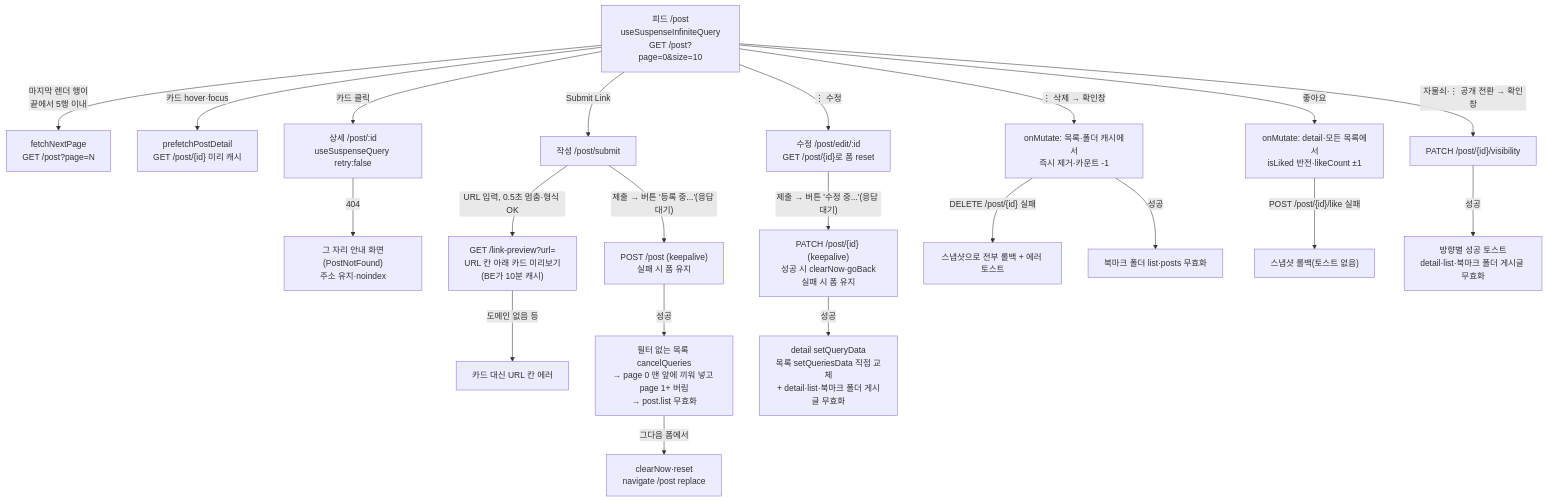
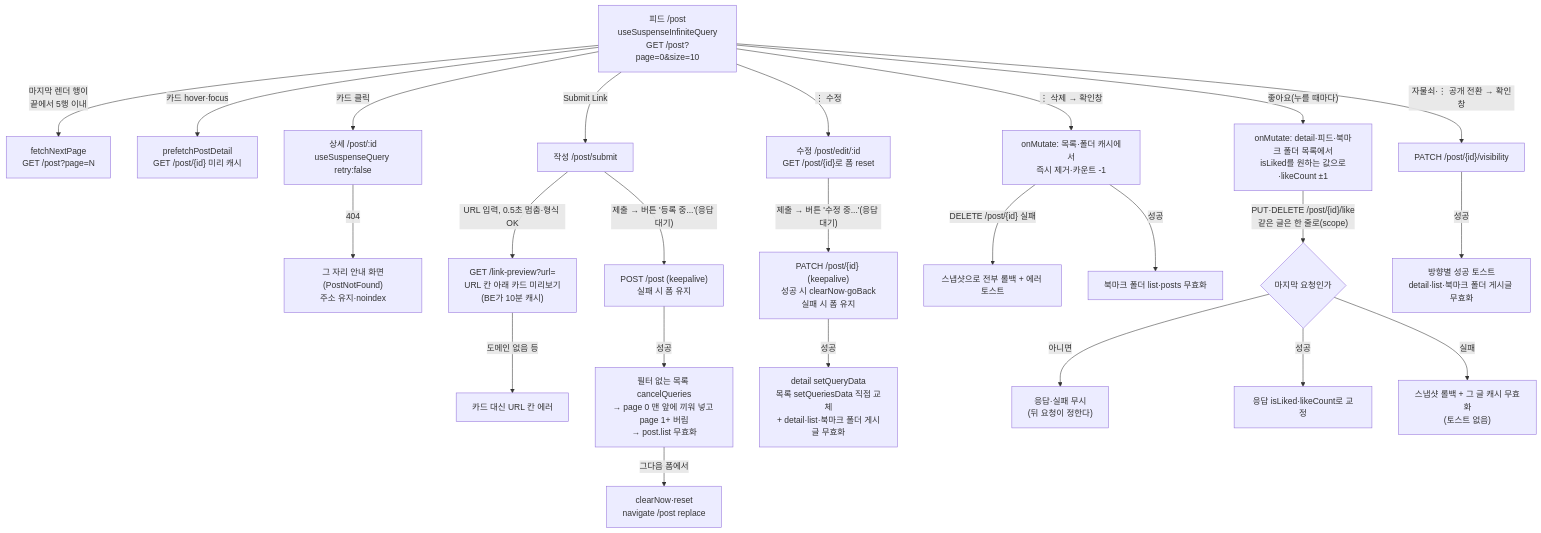
One commit to BAECHAN/link-sphere_FE_NEW changed the diagram in docs/POST.md. Above: the diagram before and after it, drawn with Mermaid. The commit also changed other lines of this file and 26 other files, not shown here.

````diff
--- a/docs/POST.md
+++ b/docs/POST.md
@@ -38,28 +38,31 @@
 ```mermaid
 flowchart TD
   Feed["피드 /post<br/>useSuspenseInfiniteQuery<br/>GET /post?page=0&size=10"] -->|"마지막 렌더 행이<br/>끝에서 5행 이내"| Next["fetchNextPage<br/>GET /post?page=N"]
   Feed -->|"카드 hover·focus"| Prefetch["prefetchPostDetail<br/>GET /post/{id} 미리 캐시"]
   Feed -->|"카드 클릭"| Detail["상세 /post/:id<br/>useSuspenseQuery retry:false"]
   Detail -->|"404"| NotFound["그 자리 안내 화면(PostNotFound)<br/>주소 유지·noindex"]
 
   Feed -->|"Submit Link"| Create["작성 /post/submit"]
   Create -->|"URL 입력, 0.5초 멈춤·형식 OK"| Preview["GET /link-preview?url=<br/>URL 칸 아래 카드 미리보기<br/>(BE가 10분 캐시)"]
   Preview -->|"도메인 없음 등"| PreviewErr["카드 대신 URL 칸 에러"]
   Create -->|"제출 → 버튼 '등록 중...'(응답 대기)"| CreateReq["POST /post (keepalive)<br/>실패 시 폼 유지"]
   CreateReq -->|"성공"| CreateOk["필터 없는 목록 cancelQueries<br/>→ page 0 맨 앞에 끼워 넣고 page 1+ 버림<br/>→ post.list 무효화"]
   CreateOk -->|"그다음 폼에서"| CreateNav["clearNow·reset<br/>navigate /post replace"]
 
   Feed -->|"⋮ 수정"| Edit["수정 /post/edit/:id<br/>GET /post/{id}로 폼 reset"]
   Edit -->|"제출 → 버튼 '수정 중...'(응답 대기)"| EditReq["PATCH /post/{id} (keepalive)<br/>성공 시 clearNow·goBack<br/>실패 시 폼 유지"]
   EditReq -->|"성공"| EditOk["detail setQueryData<br/>목록 setQueriesData 직접 교체<br/>+ detail·list·북마크 폴더 게시글 무효화"]
 
   Feed -->|"⋮ 삭제 → 확인창"| Del["onMutate: 목록·폴더 캐시에서<br/>즉시 제거·카운트 -1"]
   Del -->|"DELETE /post/{id} 실패"| DelRollback["스냅샷으로 전부 롤백 + 에러 토스트"]
   Del -->|"성공"| DelOk["북마크 폴더 list·posts 무효화"]
 
-  Feed -->|"좋아요"| Like["onMutate: detail·모든 목록에서<br/>isLiked 반전·likeCount ±1"]
-  Like -->|"POST /post/{id}/like 실패"| LikeRollback["스냅샷 롤백(토스트 없음)"]
+  Feed -->|"좋아요(누를 때마다)"| Like["onMutate: detail·피드·북마크 폴더 목록에서<br/>isLiked를 원하는 값으로·likeCount ±1"]
+  Like -->|"PUT·DELETE /post/{id}/like<br/>같은 글은 한 줄로(scope)"| LikeLast{"마지막 요청인가"}
+  LikeLast -->|"아니면"| LikeSkip["응답·실패 무시<br/>(뒤 요청이 정한다)"]
+  LikeLast -->|"성공"| LikeOk["응답 isLiked·likeCount로 교정"]
+  LikeLast -->|"실패"| LikeRollback["스냅샷 롤백 + 그 글 캐시 무효화<br/>(토스트 없음)"]
 
   Feed -->|"자물쇠·⋮ 공개 전환 → 확인창"| Vis["PATCH /post/{id}/visibility"]
   Vis -->|"성공"| VisOk["방향별 성공 토스트<br/>detail·list·북마크 폴더 게시글 무효화"]
 ```
````
